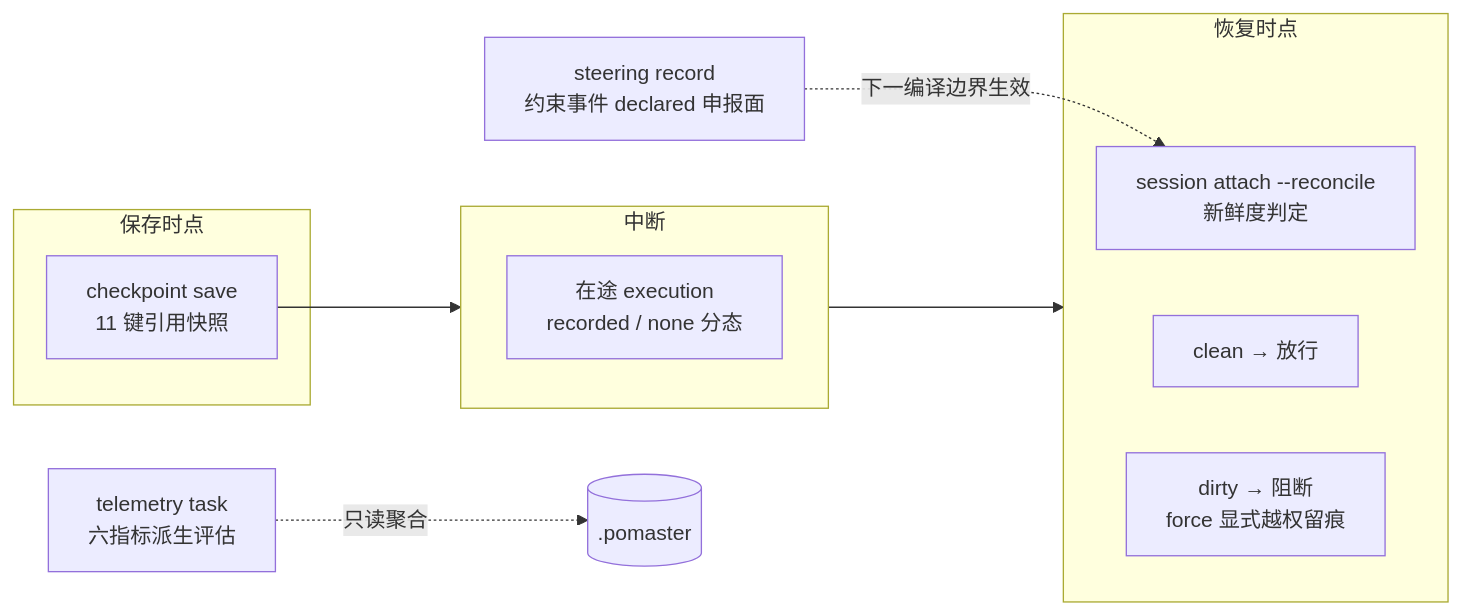
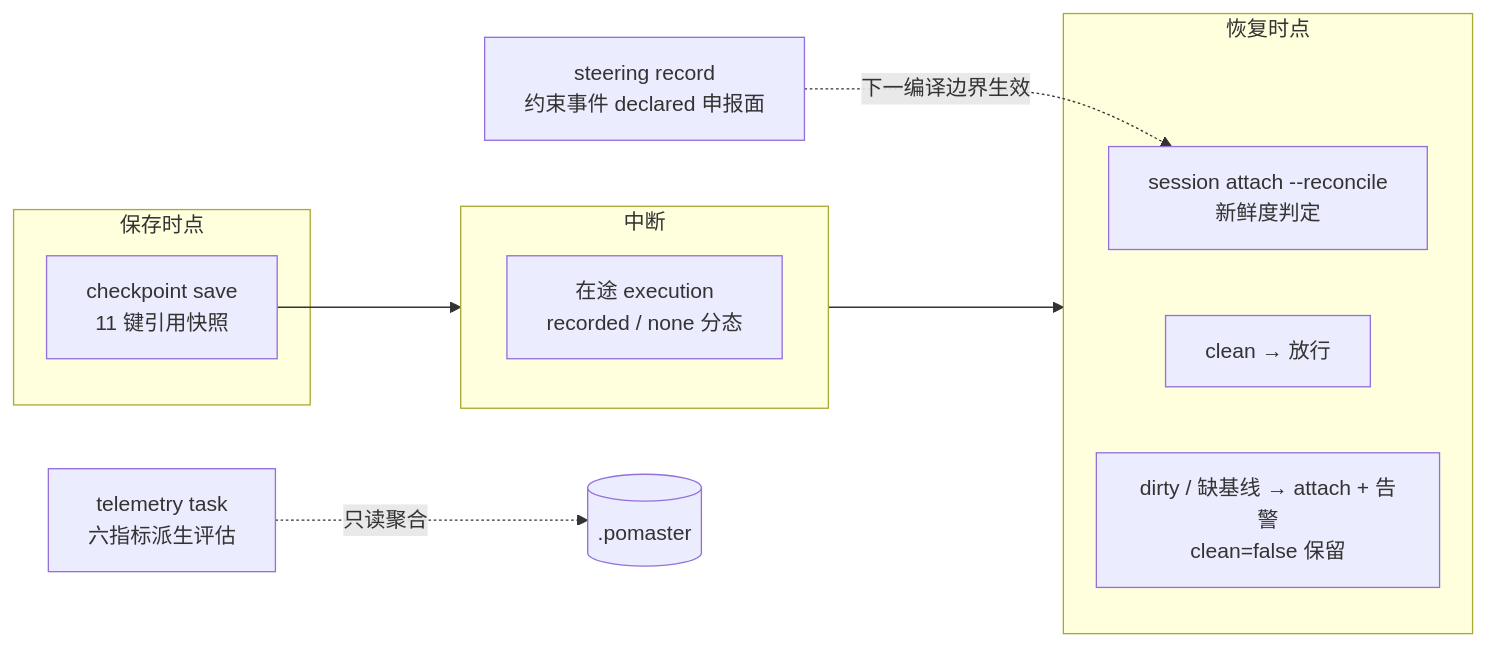
Before and after one commit to River-Singer/POMaster_VNext: the fifth of 6 diagrams in README.md, drawn with Mermaid. The commit also changed other lines of this file and 39 other files, not shown here.

````diff
--- a/README.md
+++ b/README.md
@@ -247,17 +247,17 @@
 ```mermaid
 graph LR
     subgraph SAVE["保存时点"]
         CP["checkpoint save<br/>11 键引用快照"]
     end
     subgraph INTERRUPT["中断"]
         INT["在途 execution<br/>recorded / none 分态"]
     end
     subgraph RESUME["恢复时点"]
         R["session attach --reconcile<br/>新鲜度判定"]
         R1["clean → 放行"]
-        R2["dirty → 阻断<br/>force 显式越权留痕"]
+        R2["dirty / 缺基线 → attach + 告警<br/>clean=false 保留"]
     end
     CP --> INTERRUPT --> RESUME
     STE["steering record<br/>约束事件 declared 申报面"] -.->|"下一编译边界生效"| R
     TEL["telemetry task<br/>六指标派生评估"] -.->|"只读聚合"| STATE2[(".pomaster")]
 ```
````
